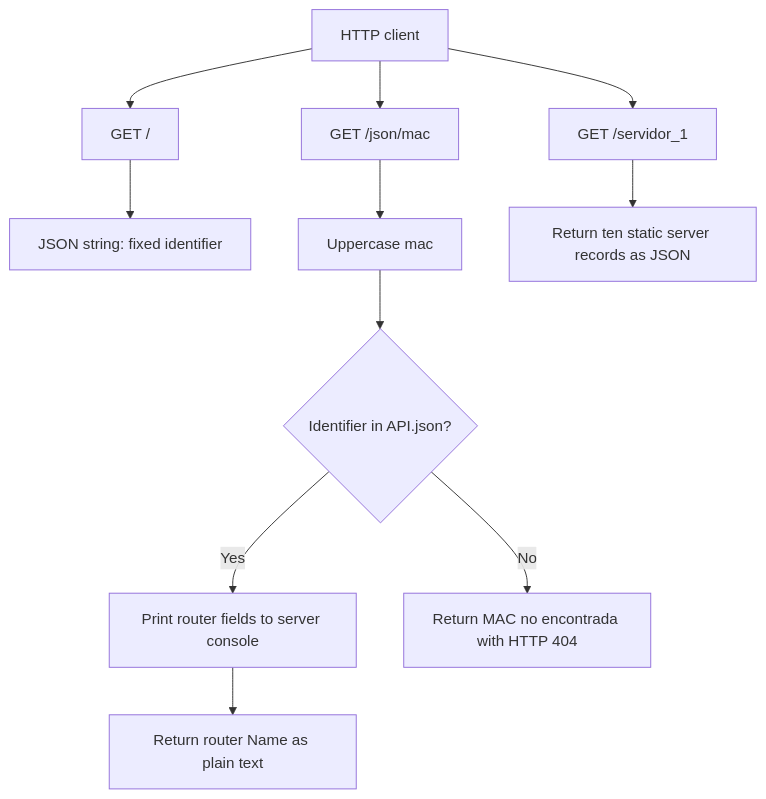
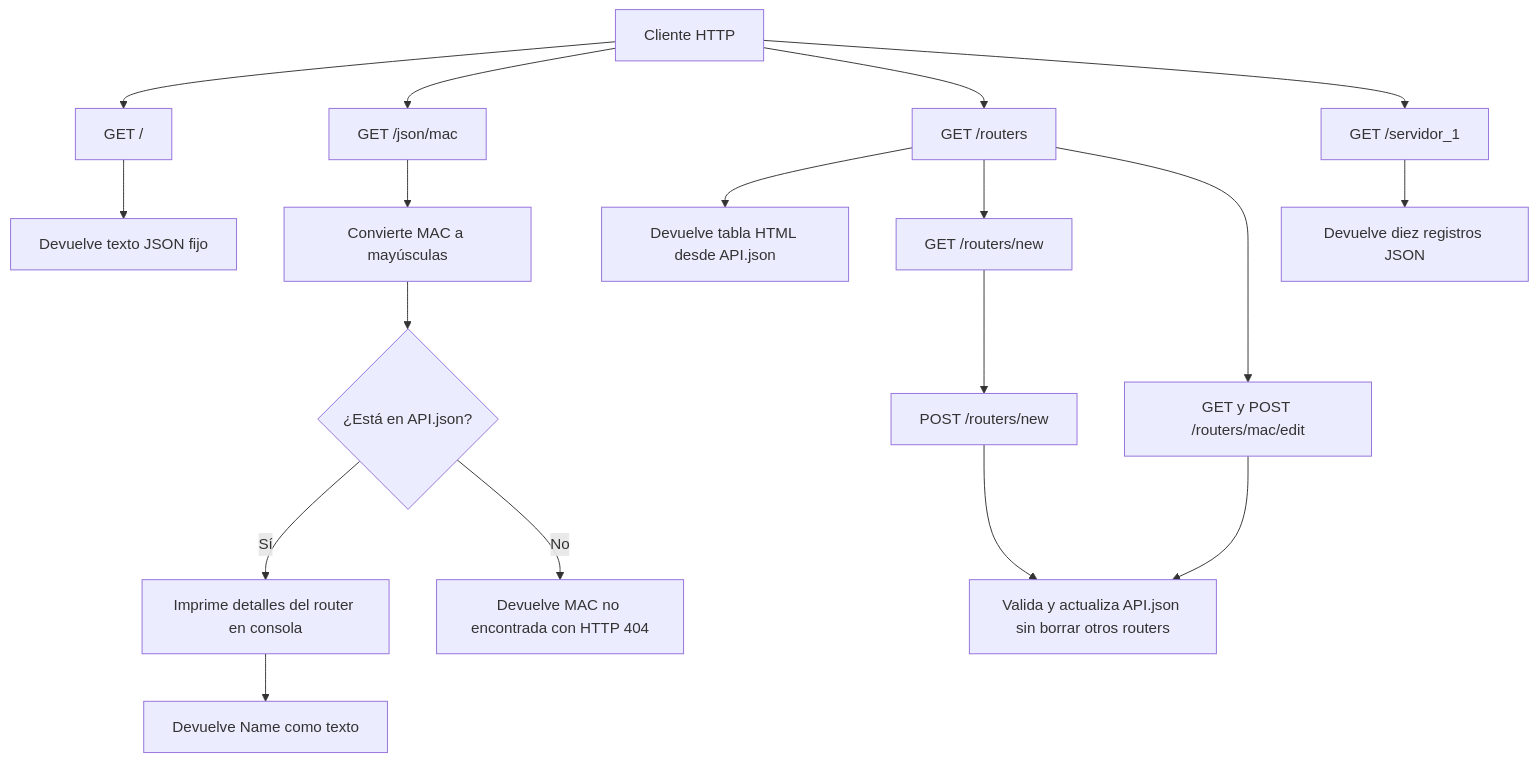
One commit to HectorTorres070121/Flask changed the diagram in README.md. Above: the diagram before and after it, drawn with Mermaid. The commit also changed other lines of this file and 4 other files, not shown here.

````diff
--- a/README.md
+++ b/README.md
@@ -68,15 +106,23 @@
 ```mermaid
 flowchart TD
-    Client[HTTP client] --> Home[GET /]
-    Home --> HomeBody[JSON string: fixed identifier]
+    Cliente[Cliente HTTP] --> Inicio[GET /]
+    Inicio --> RespuestaInicio[Devuelve texto JSON fijo]
 
-    Client --> Lookup[GET /json/mac]
-    Lookup --> Normalize[Uppercase mac]
-    Normalize --> Find{Identifier in API.json?}
-    Find -->|Yes| Log[Print router fields to server console]
-    Log --> Name[Return router Name as plain text]
-    Find -->|No| Missing[Return MAC no encontrada with HTTP 404]
+    Cliente --> Consulta[GET /json/mac]
+    Consulta --> Normalizar[Convierte MAC a mayúsculas]
+    Normalizar --> Existe{¿Está en API.json?}
+    Existe -->|Sí| Consola[Imprime detalles del router en consola]
+    Consola --> Nombre[Devuelve Name como texto]
+    Existe -->|No| Error[Devuelve MAC no encontrada con HTTP 404]
 
-    Client --> Servers[GET /servidor_1]
-    Servers --> Inventory[Return ten static server records as JSON]
+    Cliente --> TablaRouters[GET /routers]
+    TablaRouters --> TablaHTML[Devuelve tabla HTML desde API.json]
+    TablaRouters --> AltaRouter[GET /routers/new]
+    AltaRouter --> GuardarRouter[POST /routers/new]
+    TablaRouters --> EditarRouter[GET y POST /routers/mac/edit]
+    GuardarRouter --> Persistencia[Valida y actualiza API.json sin borrar otros routers]
+    EditarRouter --> Persistencia
+
+    Cliente --> Servidores[GET /servidor_1]
+    Servidores --> Inventario[Devuelve diez registros JSON]
 ```
````
